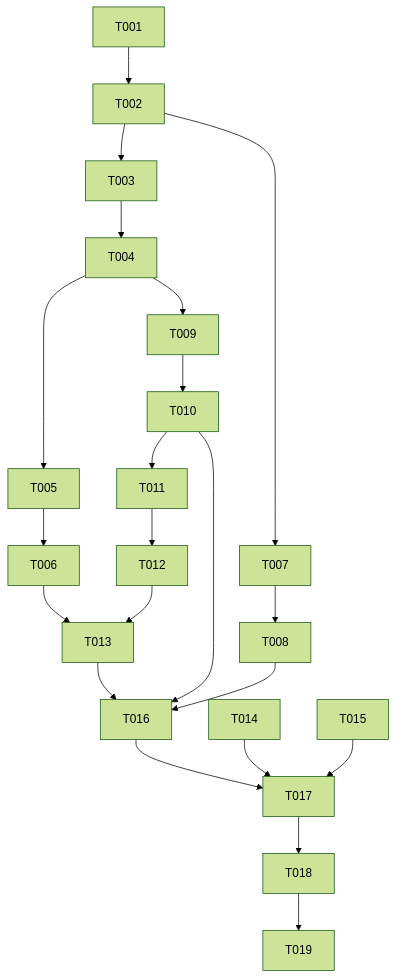
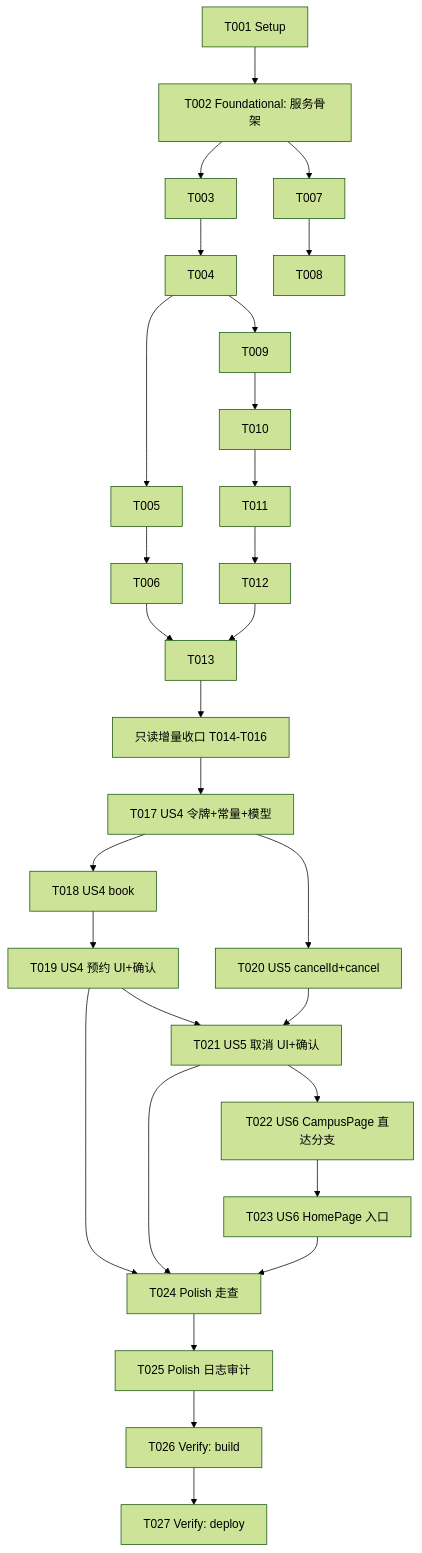
The diagram in harmony/entry/src/main/ets/pages/campus/library-seat/tasks.md (Jiecheng234/campus-os), drawn with Mermaid (forest theme) before and after one commit. The commit also changed other lines of this file and 28 other files, not shown here.

````diff
--- a/harmony/entry/src/main/ets/pages/campus/library-seat/tasks.md
+++ b/harmony/entry/src/main/ets/pages/campus/library-seat/tasks.md
@@ -138,24 +132,31 @@
 ```mermaid
 graph TD
-  T001 --> T002
+  T001[T001 Setup] --> T002[T002 Foundational: 服务骨架]
   T002 --> T003
   T002 --> T007
   T003 --> T004
   T004 --> T005
   T005 --> T006
   T004 --> T009
   T007 --> T008
   T009 --> T010
   T010 --> T011
   T011 --> T012
   T006 --> T013
   T012 --> T013
-  T010 --> T016
-  T013 --> T016
-  T008 --> T016
-  T014 --> T017
-  T015 --> T017
-  T016 --> T017
-  T017 --> T018
-  T018 --> T019
+  T013 --> T016[只读增量收口 T014-T016]
+  T016 --> T017[T017 US4 令牌+常量+模型]
+  T017 --> T018[T018 US4 book]
+  T018 --> T019[T019 US4 预约 UI+确认]
+  T017 --> T020[T020 US5 cancelId+cancel]
+  T019 --> T021[T021 US5 取消 UI+确认]
+  T020 --> T021
+  T021 --> T022[T022 US6 CampusPage 直达分支]
+  T022 --> T023[T023 US6 HomePage 入口]
+  T019 --> T024[T024 Polish 走查]
+  T021 --> T024
+  T023 --> T024
+  T024 --> T025[T025 Polish 日志审计]
+  T025 --> T026[T026 Verify: build]
+  T026 --> T027[T027 Verify: deploy]
 ```
````
